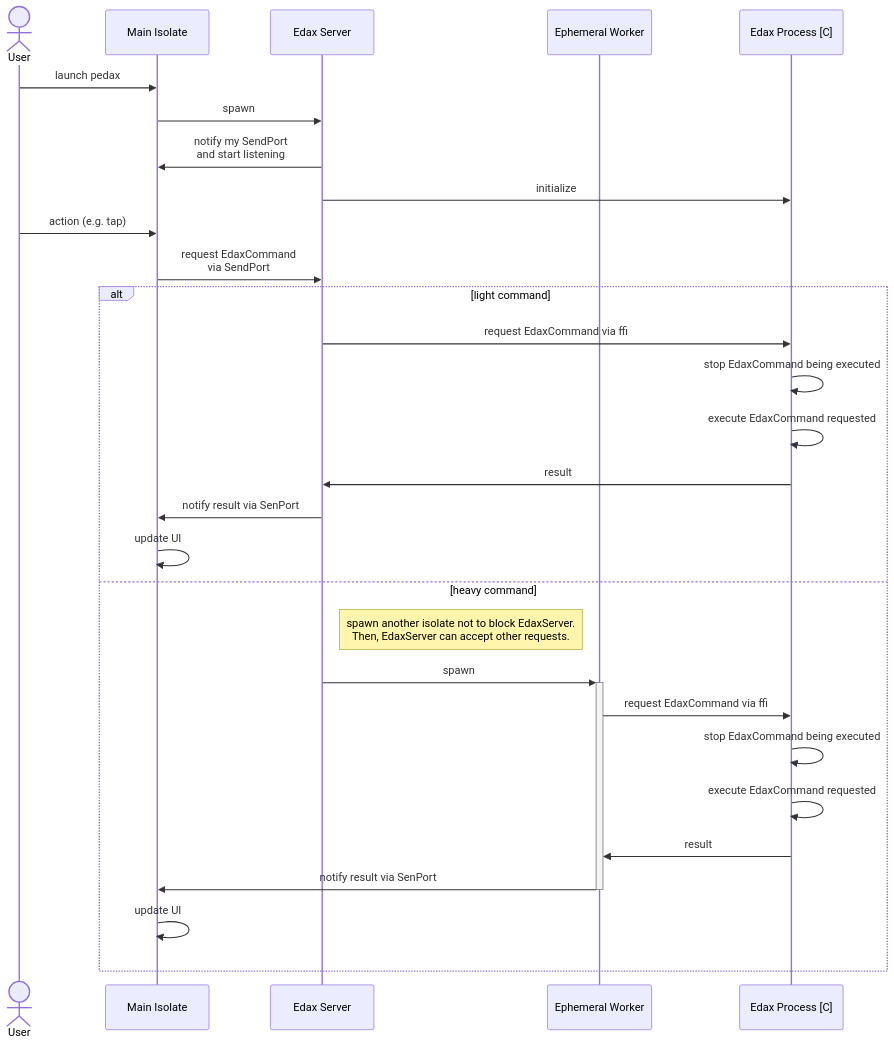
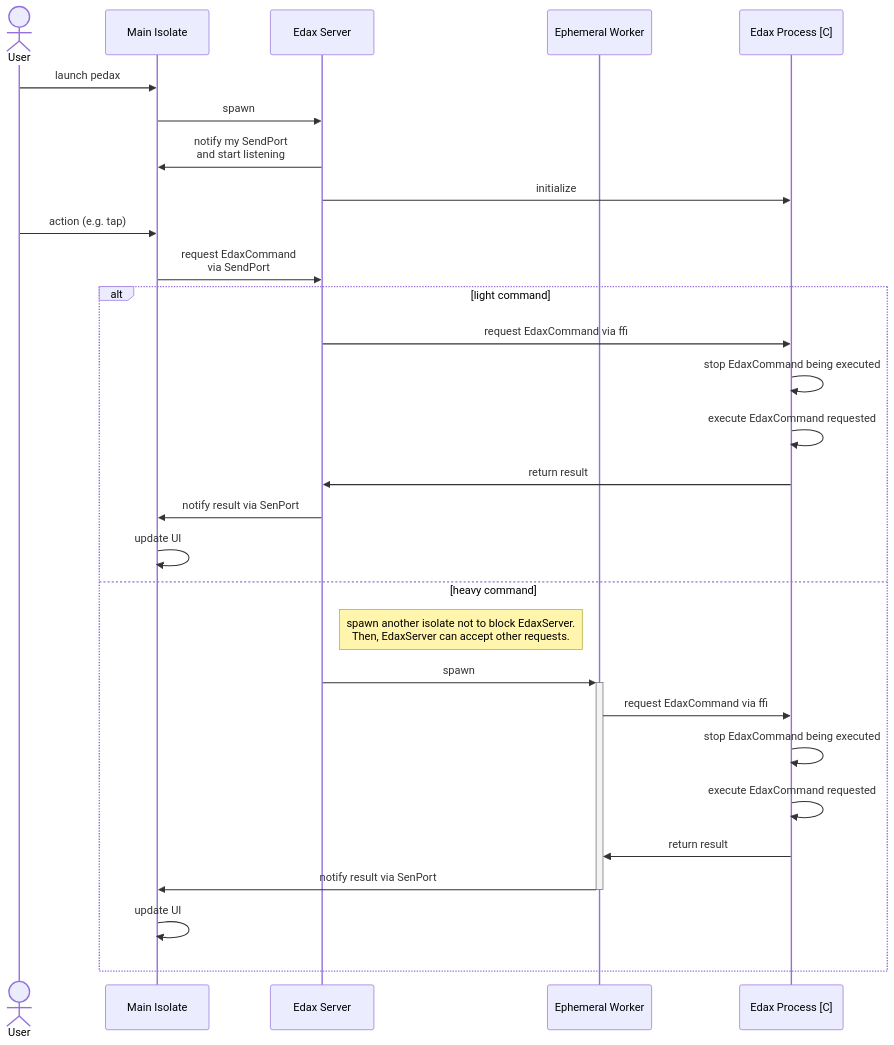
Before and after one commit to sensuikan1973/pedax: the diagram in README.md, drawn with Mermaid.

````diff
--- a/README.md
+++ b/README.md
@@ -50,41 +50,41 @@
 ```mermaid
 %% https://mermaid-js.github.io/mermaid/#/sequenceDiagram
 sequenceDiagram
   actor User
   participant MainIsolate as Main Isolate
   participant EdaxServer as Edax Server
   participant EphemeralWorker as Ephemeral Worker
   participant EdaxProcess as Edax Process [C]
 
   link EdaxServer: source @ https://github.com/sensuikan1973/pedax/tree/main/lib/engine
   link EdaxServer: caller @ https://github.com/sensuikan1973/pedax/blob/main/lib/models/board_notifier.dart
   link EphemeralWorker: source @ https://github.com/sensuikan1973/pedax/tree/main/lib/engine
   link EdaxProcess: binding source (Dart) @ https://github.com/sensuikan1973/libedax4dart
   link EdaxProcess: origin source(C) @ https://github.com/sensuikan1973/edax-reversi/tree/libedax_sensuikan1973
 
   User ->> MainIsolate: launch pedax
   MainIsolate ->> EdaxServer: spawn
   EdaxServer ->> MainIsolate: notify my SendPort<br/>and start listening
   EdaxServer ->> EdaxProcess: initialize
 
   User ->> MainIsolate: action (e.g. tap)
   MainIsolate ->> EdaxServer: request EdaxCommand<br/>via SendPort
 
   alt light command
     EdaxServer ->> EdaxProcess: request EdaxCommand via ffi
     EdaxProcess ->> EdaxProcess: stop EdaxCommand being executed
     EdaxProcess ->> EdaxProcess: execute EdaxCommand requested
-    EdaxProcess ->> EdaxServer: result
+    EdaxProcess ->> EdaxServer: return result
     EdaxServer ->> MainIsolate: notify result via SenPort
     MainIsolate ->> MainIsolate: update UI
   else heavy command
     note right of EdaxServer: spawn another isolate not to block EdaxServer.<br>Then, EdaxServer can accept other requests.
     EdaxServer ->>+ EphemeralWorker: spawn
     EphemeralWorker ->> EdaxProcess: request EdaxCommand via ffi
     EdaxProcess ->> EdaxProcess: stop EdaxCommand being executed
     EdaxProcess ->> EdaxProcess: execute EdaxCommand requested
-    EdaxProcess ->> EphemeralWorker: result
+    EdaxProcess ->> EphemeralWorker: return result
     EphemeralWorker ->>- MainIsolate: notify result via SenPort
     MainIsolate ->> MainIsolate: update UI
   end
 ```
````
